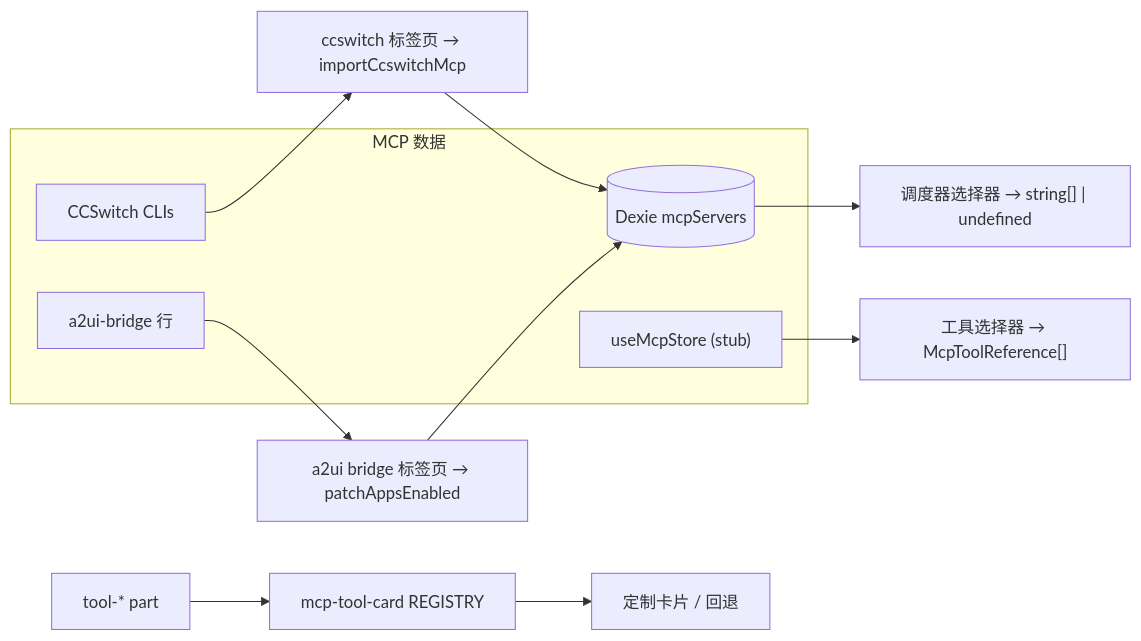
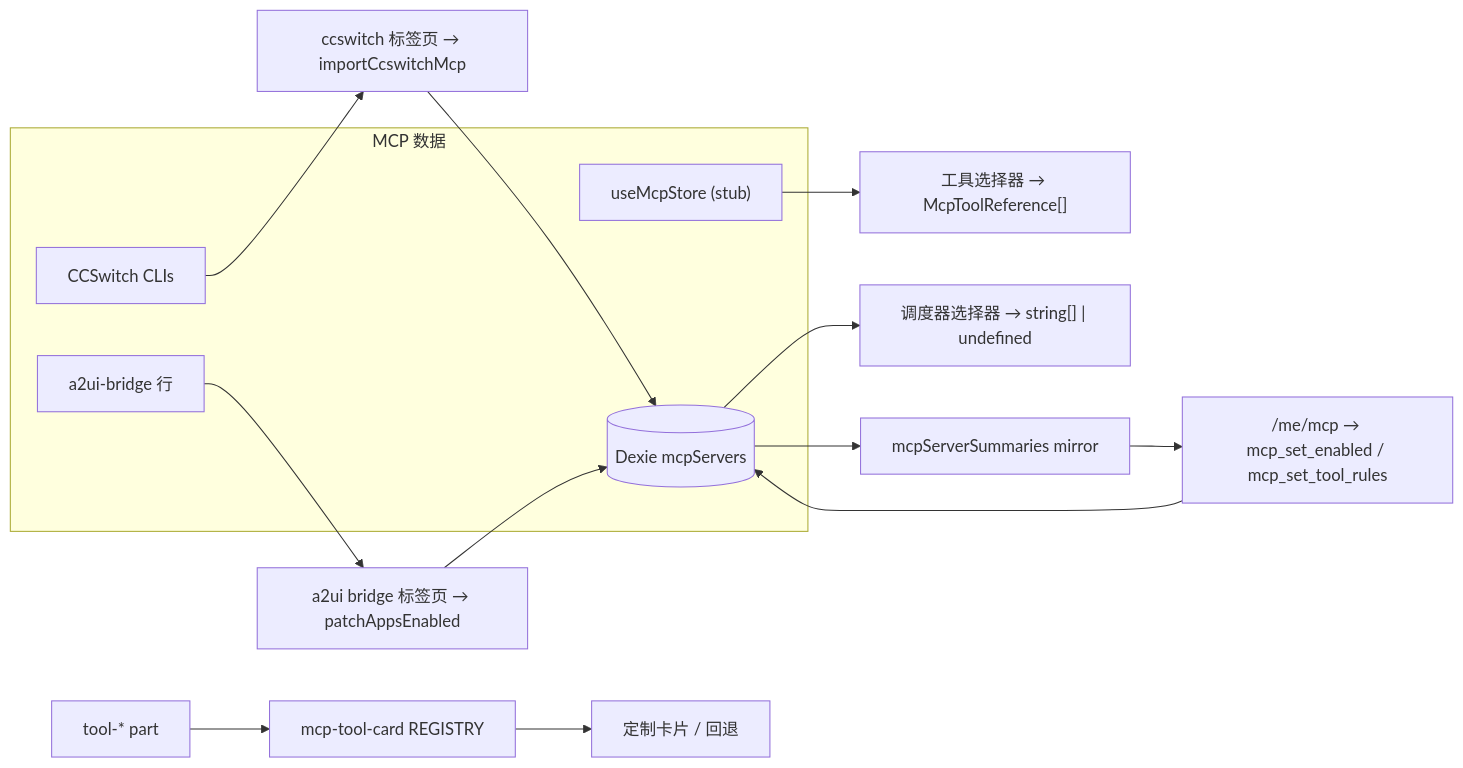
The diagram in docs/content/docs/zh/subsystems/mcp/consumption-surfaces.mdx (MaxQian888/cognia-next), drawn with Mermaid before and after one commit. The commit also changed other lines of this file and 13 other files, not shown here.

````diff
--- a/docs/content/docs/zh/subsystems/mcp/consumption-surfaces.mdx
+++ b/docs/content/docs/zh/subsystems/mcp/consumption-surfaces.mdx
@@ -125,17 +150,20 @@
 ```mermaid
 flowchart LR
   subgraph Data["MCP 数据"]
     Store["useMcpStore (stub)"]
     DB[("Dexie mcpServers")]
     CC["CCSwitch CLIs"]
     Bridge["a2ui-bridge 行"]
   end
   Store --> Sel["工具选择器 → McpToolReference[]"]
   DB --> Pick["调度器选择器 → string[] | undefined"]
   CC --> Tab["ccswitch 标签页 → importCcswitchMcp"]
   Tab --> DB
   Bridge --> A2tab["a2ui bridge 标签页 → patchAppsEnabled"]
   A2tab --> DB
+  DB --> Sum["mcpServerSummaries mirror"]
+  Sum --> Me["/me/mcp → mcp_set_enabled / mcp_set_tool_rules"]
+  Me --> DB
   ToolUI["tool-* part"] --> Router["mcp-tool-card REGISTRY"]
   Router --> Cards["定制卡片 / 回退"]
 ```
````
